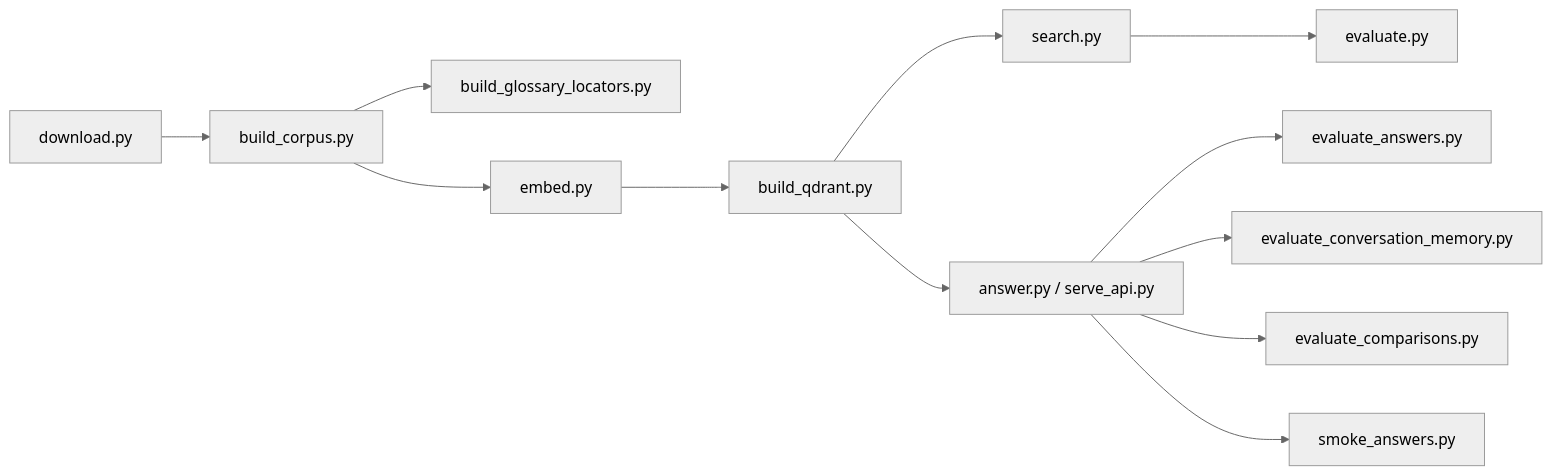
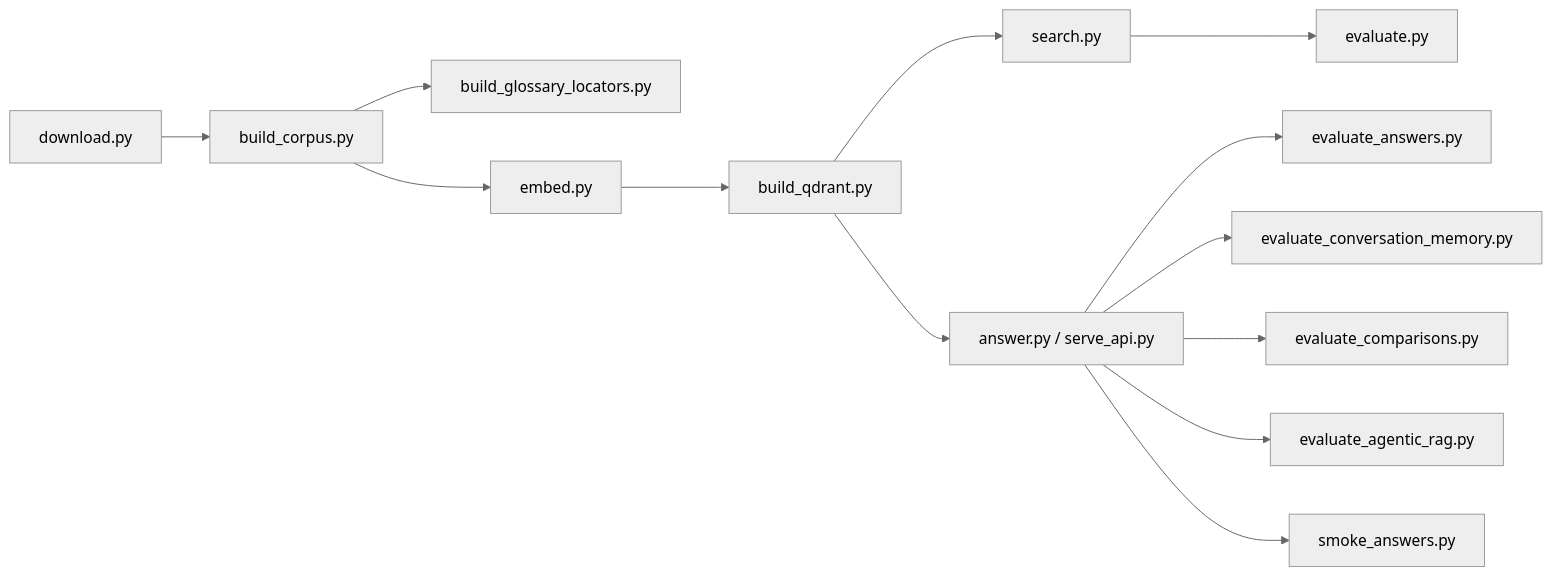
The diagram in scripts/README.md (nikolabakic/Banking-Technology-and-Operational-Risk-Intelligence-Assistant), drawn with Mermaid (neutral theme) before and after one commit. The commit also changed other lines of this file and 39 other files, not shown here.

Commit message:
wip: preserve agentic RAG changes

````diff
--- a/scripts/README.md
+++ b/scripts/README.md
@@ -8,14 +8,15 @@
 ```mermaid
 flowchart LR
     Download[download.py] --> Corpus[build_corpus.py]
     Corpus --> Glossary[build_glossary_locators.py]
     Corpus --> Embed[embed.py]
     Embed --> Qdrant[build_qdrant.py]
     Qdrant --> Search[search.py]
     Qdrant --> Answer[answer.py / serve_api.py]
     Search --> RetrievalEval[evaluate.py]
     Answer --> AnswerEval[evaluate_answers.py]
     Answer --> MemoryEval[evaluate_conversation_memory.py]
     Answer --> ComparisonEval[evaluate_comparisons.py]
+    Answer --> AgenticEval[evaluate_agentic_rag.py]
     Answer --> AppSmoke[smoke_answers.py]
 ```
````
